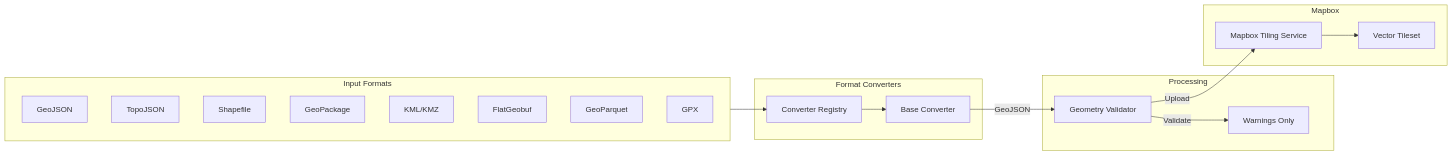
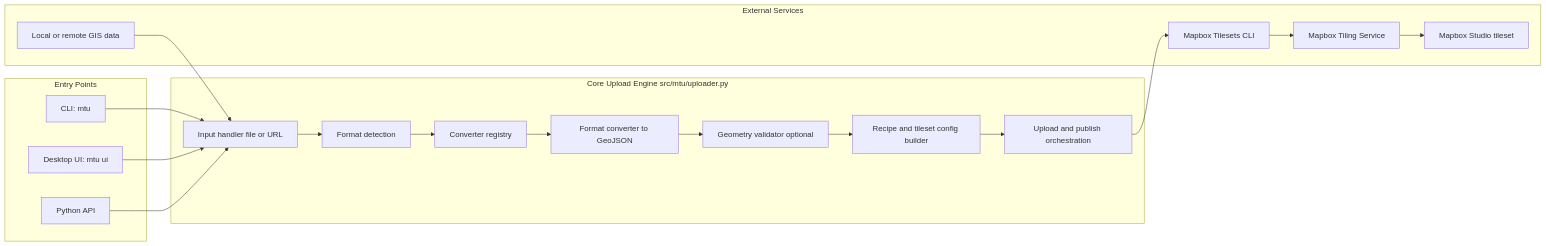
Before and after one commit to ocha-rosea/mapbox-tileset-uploader: the first of 2 diagrams in README.md, drawn with Mermaid. The commit also changed other lines of this file and 7 other files, not shown here.

Commit message:
Update repo references, README diagrams, and UI/docs polish

````diff
--- a/README.md
+++ b/README.md
@@ -88,35 +87,33 @@
 ```mermaid
 flowchart LR
-    subgraph Input["Input Formats"]
-        GeoJSON[GeoJSON]
-        TopoJSON[TopoJSON]
-        SHP[Shapefile]
-        GPKG[GeoPackage]
-        KML[KML/KMZ]
-        FGB[FlatGeobuf]
-        GPQ[GeoParquet]
-        GPX[GPX]
-    end
+  subgraph Interfaces["Entry Points"]
+    CLI[CLI: mtu]
+    UI[Desktop UI: mtu ui]
+    API[Python API]
+  end
 
-    subgraph Converters["Format Converters"]
-        Registry[Converter Registry]
-        BaseConv[Base Converter]
-    end
+  subgraph Core["Core Upload Engine src/mtu/uploader.py"]
+    Input["Input handler file or URL"]
+    Detect["Format detection"]
+    Registry["Converter registry"]
+    Convert["Format converter to GeoJSON"]
+    Validate["Geometry validator optional"]
+    Recipe["Recipe and tileset config builder"]
+    Upload["Upload and publish orchestration"]
+  end
 
-    subgraph Processing["Processing"]
-        Validator[Geometry Validator]
-        Warnings[Warnings Only]
-    end
+  subgraph Integrations["External Services"]
+    Files["Local or remote GIS data"]
+    MbxCLI["Mapbox Tilesets CLI"]
+    MTS["Mapbox Tiling Service"]
+    Studio["Mapbox Studio tileset"]
+  end
 
-    subgraph Output["Mapbox"]
-        MTS[Mapbox Tiling Service]
-        Tileset[Vector Tileset]
-    end
+  CLI --> Input
+  UI --> Input
+  API --> Input
 
-    Input --> Registry
-    Registry --> BaseConv
-    BaseConv --> |GeoJSON| Validator
-    Validator --> |Validate| Warnings
-    Validator --> |Upload| MTS
-    MTS --> Tileset
+  Files --> Input
+  Input --> Detect --> Registry --> Convert --> Validate --> Recipe --> Upload
+  Upload --> MbxCLI --> MTS --> Studio
 ```
````
